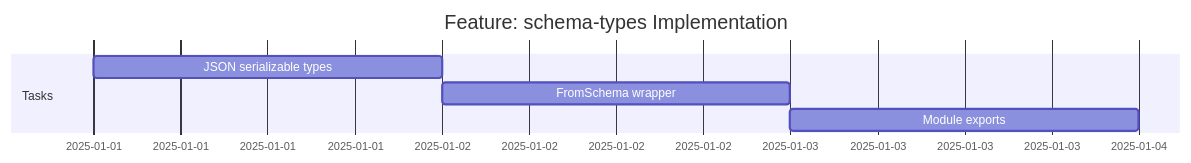
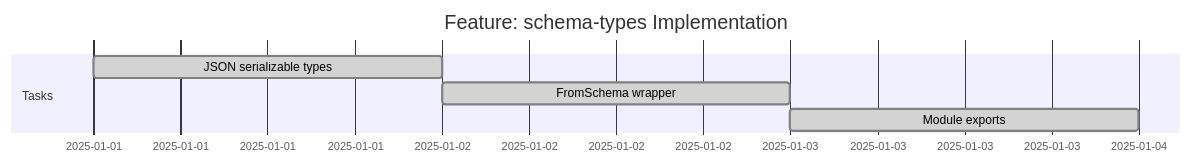
One commit to ContractedAPI/deno changed the diagram in tracker/openapi-transpiler/epic-spec-types/feature-schema-types/FEATURE_CHECKLIST.md. Above: the diagram before and after it, drawn with Mermaid. The commit also changed other lines of this file and 2 other files, not shown here.

First line of the commit message:
docs: complete feature-schema-types review and update checklists

````diff
--- a/tracker/openapi-transpiler/epic-spec-types/feature-schema-types/FEATURE_CHECKLIST.md
+++ b/tracker/openapi-transpiler/epic-spec-types/feature-schema-types/FEATURE_CHECKLIST.md
@@ -5,9 +5,9 @@
 ```mermaid
 gantt
     title Feature: schema-types Implementation
     dateFormat  YYYY-MM-DD
     section Tasks
-        JSON serializable types  :jt, 2025-01-01, 1d
-        FromSchema wrapper       :fs, after jt, 1d
-        Module exports           :me, after fs, 1d
+        JSON serializable types  :done, jt, 2025-01-01, 1d
+        FromSchema wrapper       :done, fs, after jt, 1d
+        Module exports           :done, me, after fs, 1d
 ```
````
